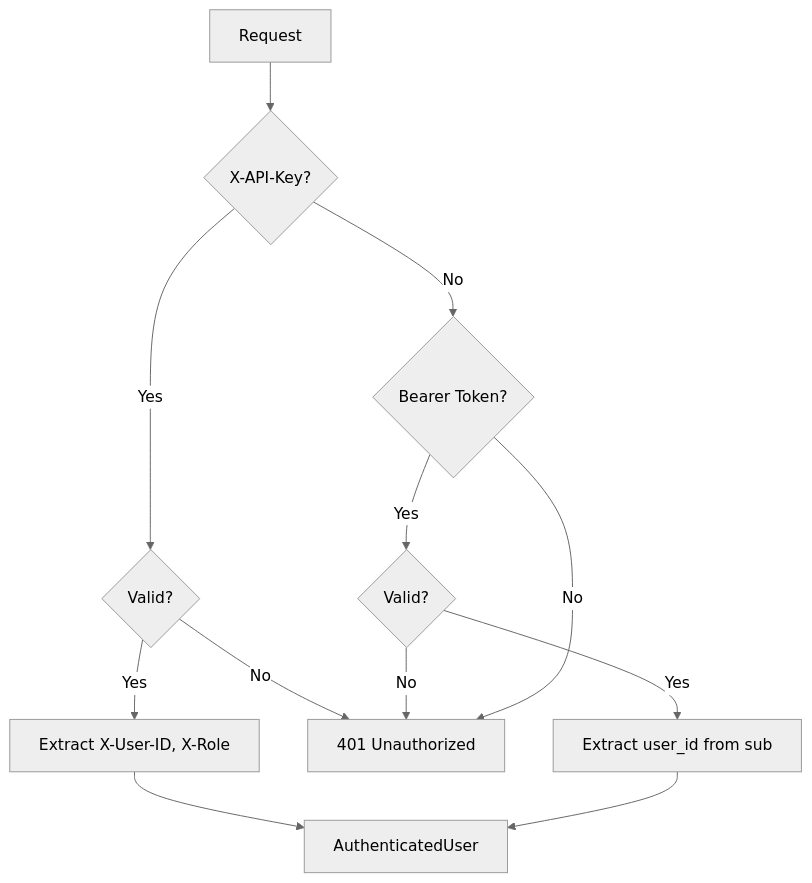
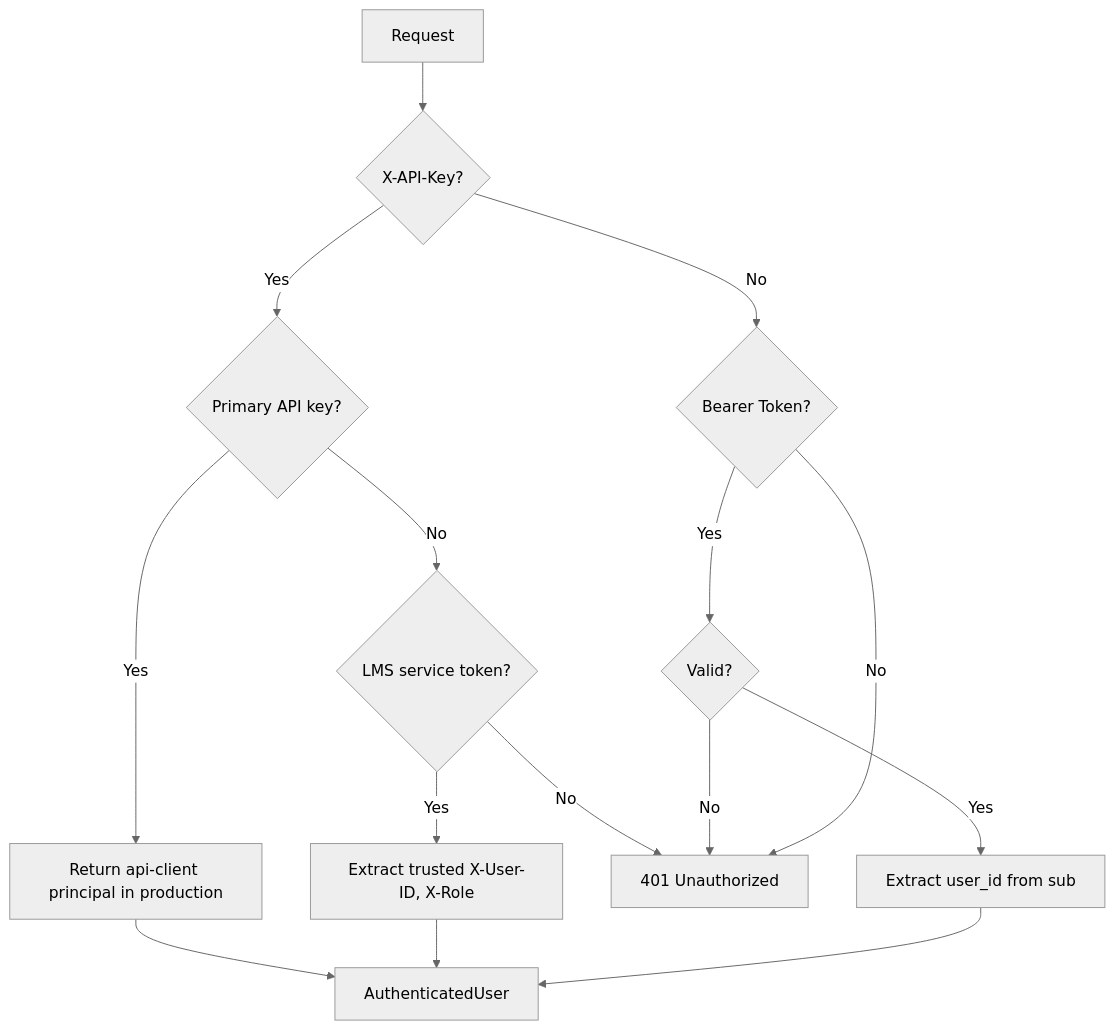
Before and after one commit to meiiie/wiii: the first of 2 diagrams in maritime-ai-service/app/core/README.md, drawn with Mermaid (neutral theme). The commit also changed other lines of this file and 364 other files, not shown here.

````diff
--- a/maritime-ai-service/app/core/README.md
+++ b/maritime-ai-service/app/core/README.md
@@ -154,17 +154,20 @@
 ```mermaid
 graph TD
     Request --> CheckAPIKey{X-API-Key?}
-    CheckAPIKey -->|Yes| ValidateKey{Valid?}
-    ValidateKey -->|Yes| ExtractHeaders[Extract X-User-ID, X-Role]
-    ValidateKey -->|No| Reject401
+    CheckAPIKey -->|Yes| ValidateKey{Primary API key?}
+    ValidateKey -->|Yes| ApiClient[Return api-client principal in production]
+    ValidateKey -->|No| CheckService{LMS service token?}
+    CheckService -->|Yes| ExtractHeaders[Extract trusted X-User-ID, X-Role]
+    CheckService -->|No| Reject401
     
     CheckAPIKey -->|No| CheckJWT{Bearer Token?}
     CheckJWT -->|Yes| ValidateJWT{Valid?}
     ValidateJWT -->|Yes| ExtractJWT[Extract user_id from sub]
     ValidateJWT -->|No| Reject401
     
     CheckJWT -->|No| Reject401[401 Unauthorized]
     
-    ExtractHeaders --> Return[AuthenticatedUser]
+    ApiClient --> Return[AuthenticatedUser]
+    ExtractHeaders --> Return
     ExtractJWT --> Return
 ```
````
